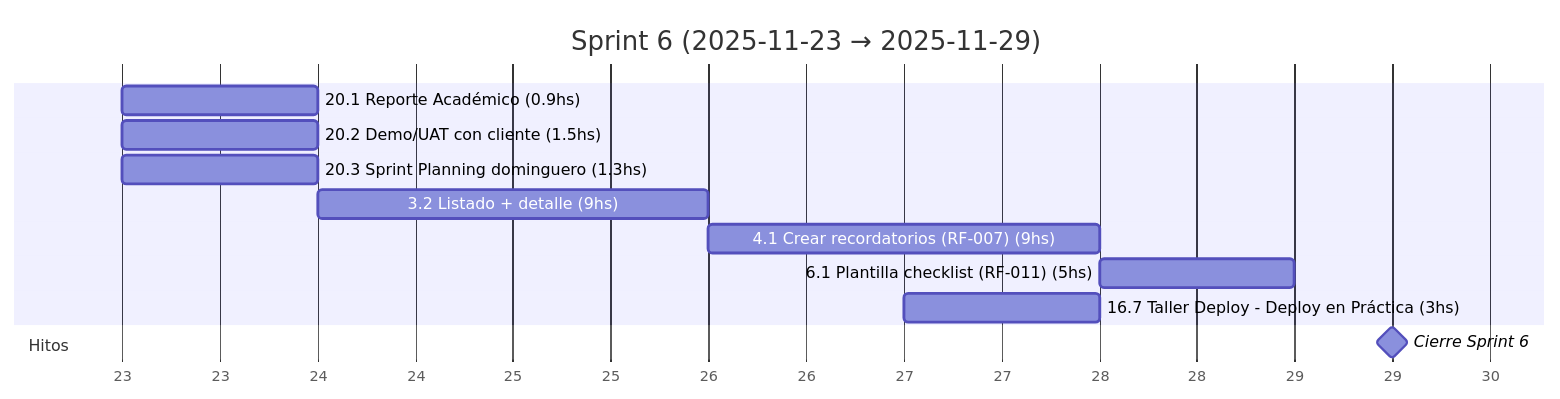
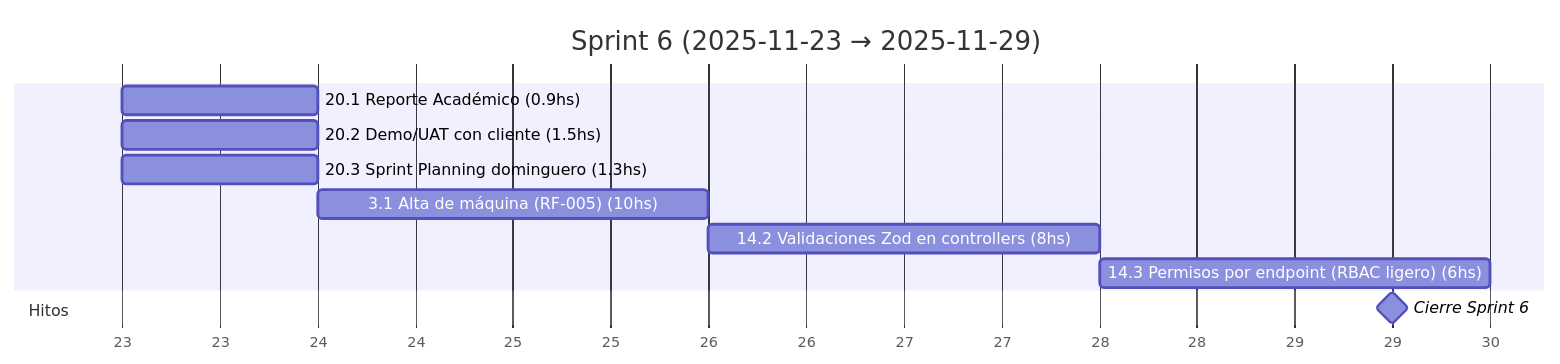
One commit to MarkMed/FleetMan changed the seventh of 19 diagrams in docs/SprintsGantts.md. Above: the diagram before and after it, drawn with Mermaid. The commit also changed other lines of this file and 1 other file, not shown here.

````diff
--- a/docs/SprintsGantts.md
+++ b/docs/SprintsGantts.md
@@ -179,19 +180,18 @@
 ```mermaid
 gantt
   title Sprint 6 (2025-11-23 → 2025-11-29)
   dateFormat  YYYY-MM-DD
   axisFormat  %d
 
   %% Asumimos 5 h/día. Horas estimadas incluidas en el nombre.
 
   20.1 Reporte Académico (0.9hs)               :t201, 2025-11-23, 1d
   20.2 Demo/UAT con cliente (1.5hs)            :t202, 2025-11-23, 1d
   20.3 Sprint Planning dominguero (1.3hs)      :t203, 2025-11-23, 1d
-  3.2 Listado + detalle (9hs)                  :t32, after t203, 2d
-  4.1 Crear recordatorios (RF-007) (9hs)       :t41, after t32, 2d
-  6.1 Plantilla checklist (RF-011) (5hs)       :t61, after t41, 1d
-  16.7 Taller Deploy - Deploy en Práctica (3hs) :t167, 2025-11-27, 1d
+  3.1 Alta de máquina (RF-005) (10hs)          :t31, after t203, 2d
+  14.2 Validaciones Zod en controllers (8hs)   :t142, after t31, 2d
+  14.3 Permisos por endpoint (RBAC ligero) (6hs) :t143, after t142, 2d
 
   section Hitos
   Cierre Sprint 6                              :milestone, s6, 2025-11-29, 1d
 ```
````
